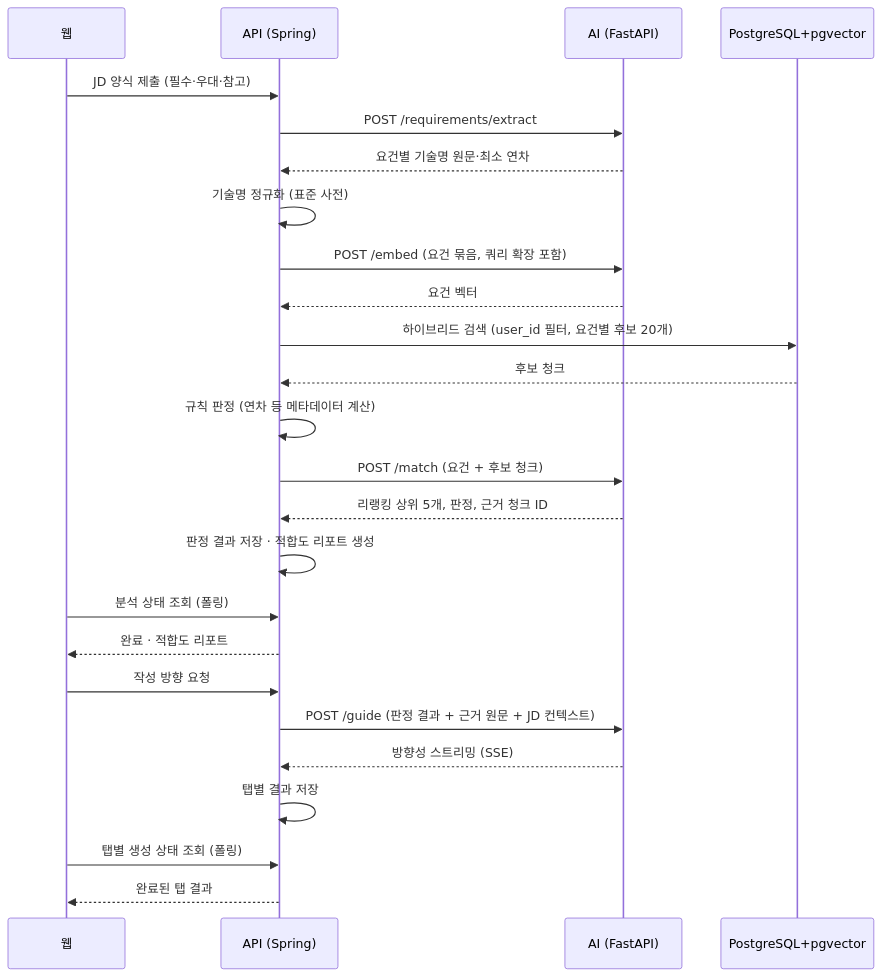
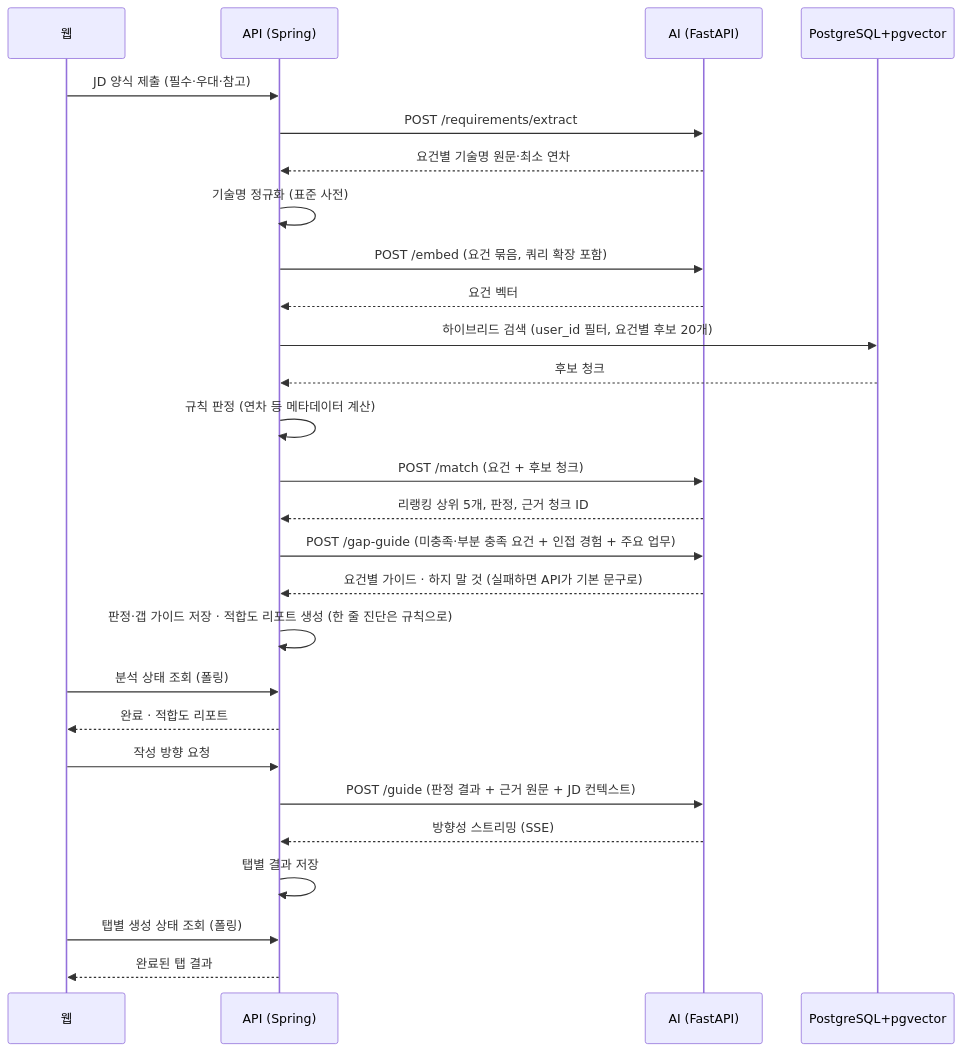
One commit to nerd-nam/SPEC-nerdnam changed the third of 3 diagrams in 기획서.md. Above: the diagram before and after it, drawn with Mermaid. The commit also changed other lines of this file and 4 other files, not shown here.

````diff
--- a/기획서.md
+++ b/기획서.md
@@ -468,27 +469,29 @@
 ```mermaid
 sequenceDiagram
     participant W as 웹
     participant A as API (Spring)
     participant AI as AI (FastAPI)
     participant DB as PostgreSQL+pgvector
     W->>A: JD 양식 제출 (필수·우대·참고)
     A->>AI: POST /requirements/extract
     AI-->>A: 요건별 기술명 원문·최소 연차
     A->>A: 기술명 정규화 (표준 사전)
     A->>AI: POST /embed (요건 묶음, 쿼리 확장 포함)
     AI-->>A: 요건 벡터
     A->>DB: 하이브리드 검색 (user_id 필터, 요건별 후보 20개)
     DB-->>A: 후보 청크
     A->>A: 규칙 판정 (연차 등 메타데이터 계산)
     A->>AI: POST /match (요건 + 후보 청크)
     AI-->>A: 리랭킹 상위 5개, 판정, 근거 청크 ID
-    A->>A: 판정 결과 저장 · 적합도 리포트 생성
+    A->>AI: POST /gap-guide (미충족·부분 충족 요건 + 인접 경험 + 주요 업무)
+    AI-->>A: 요건별 가이드 · 하지 말 것 (실패하면 API가 기본 문구로)
+    A->>A: 판정·갭 가이드 저장 · 적합도 리포트 생성 (한 줄 진단은 규칙으로)
     W->>A: 분석 상태 조회 (폴링)
     A-->>W: 완료 · 적합도 리포트
     W->>A: 작성 방향 요청
     A->>AI: POST /guide (판정 결과 + 근거 원문 + JD 컨텍스트)
     AI-->>A: 방향성 스트리밍 (SSE)
     A->>A: 탭별 결과 저장
     W->>A: 탭별 생성 상태 조회 (폴링)
     A-->>W: 완료된 탭 결과
 ```
````
